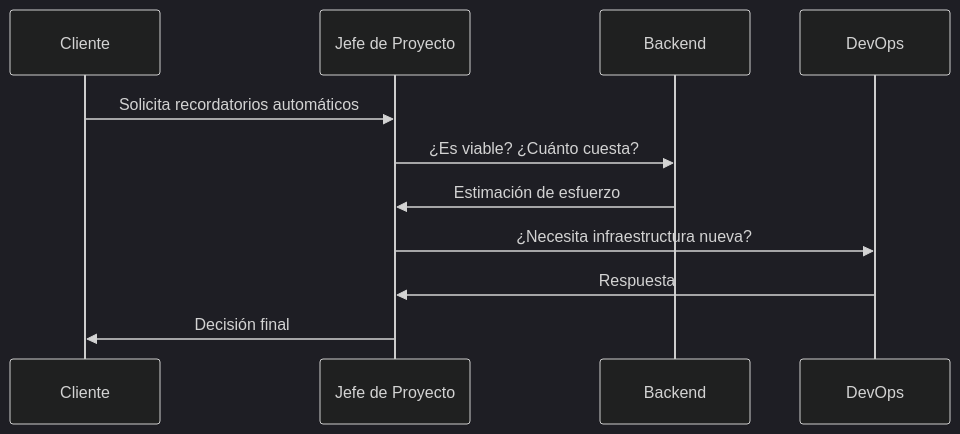
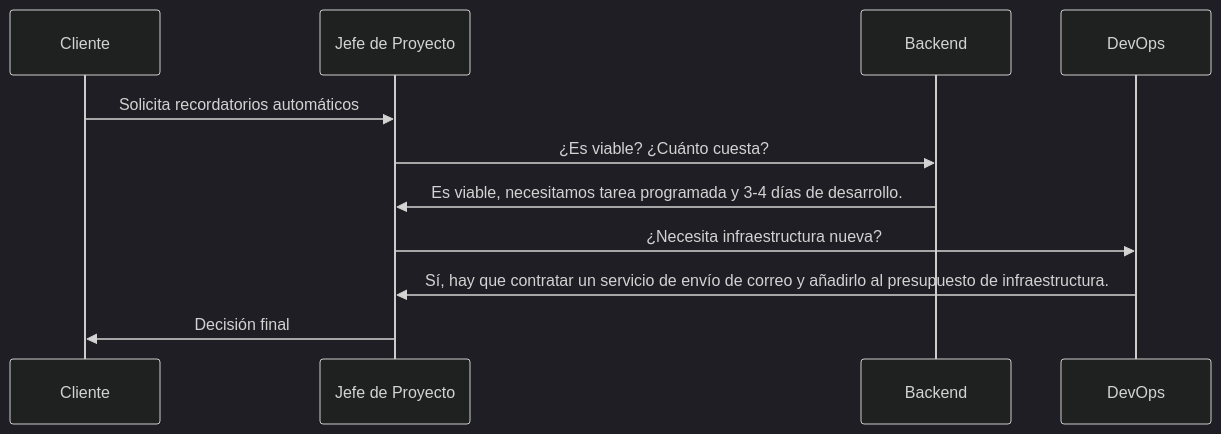
Before and after one commit to kathytisalema/fisiovital-dijital: the diagram in 03-ejecución/cambios/CR-001-recordatorios.md, drawn with Mermaid (dark theme). The commit also changed other lines of this file and 12 other files, not shown here.

````diff
--- a/03-ejecución/cambios/CR-001-recordatorios.md
+++ b/03-ejecución/cambios/CR-001-recordatorios.md
@@ -42,13 +38,13 @@
 ```mermaid
 sequenceDiagram
     participant Cliente
     participant JP as Jefe de Proyecto
     participant Backend
     participant DevOps
     Cliente->>JP: Solicita recordatorios automáticos
     JP->>Backend: ¿Es viable? ¿Cuánto cuesta?
-    Backend->>JP: Estimación de esfuerzo
+    Backend->>JP: Es viable, necesitamos tarea programada y 3-4 días de desarrollo.
     JP->>DevOps: ¿Necesita infraestructura nueva?
-    DevOps->>JP: Respuesta
+    DevOps->>JP: Sí, hay que contratar un servicio de envío de correo y añadirlo al presupuesto de infraestructura.
     JP->>Cliente: Decisión final
 ```
````
